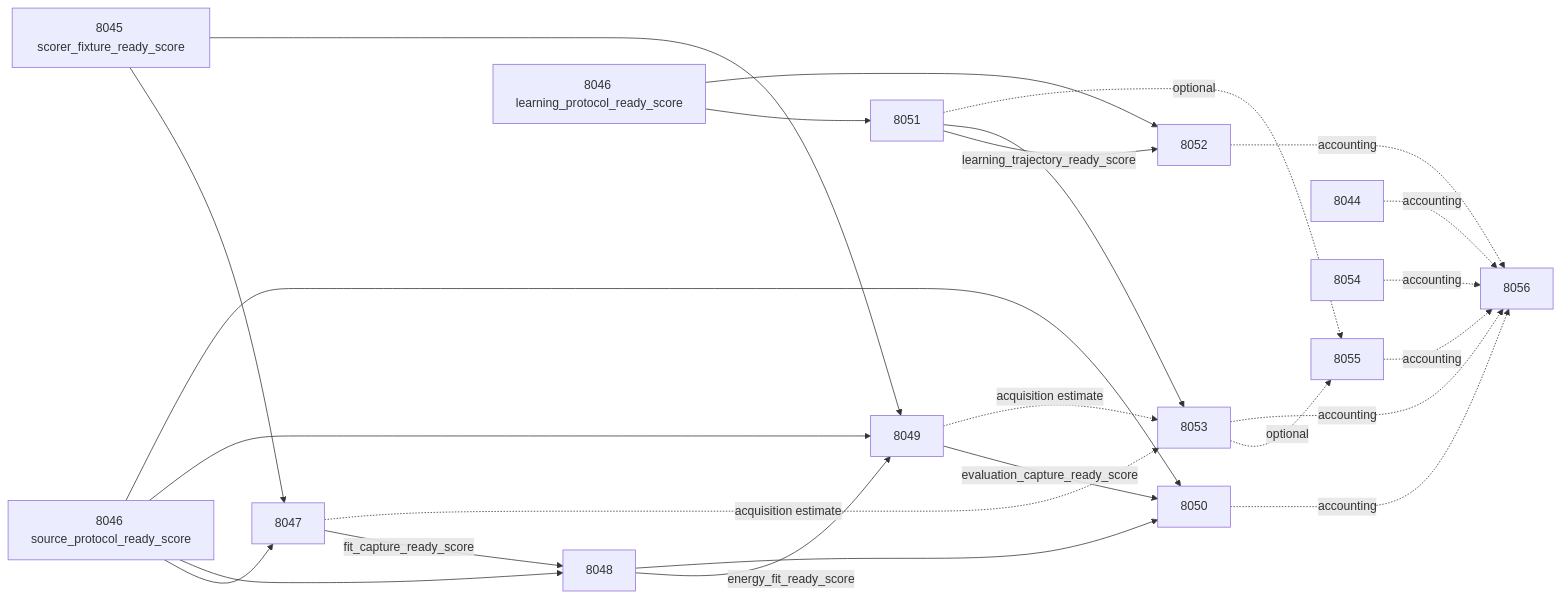
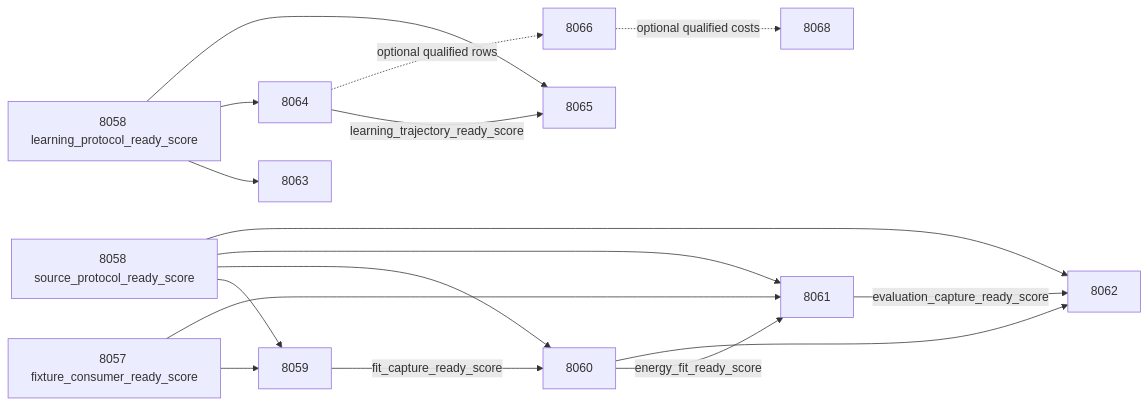
The second of 2 diagrams in openspec/change-proposals/research-roadmap-vNEXT.md (Carnot-EBM/carnot-ebm), drawn with Mermaid before and after one commit. The commit also changed other lines of this file and 16 other files, not shown here.

````diff
--- a/openspec/change-proposals/research-roadmap-vNEXT.md
+++ b/openspec/change-proposals/research-roadmap-vNEXT.md
@@ -274,27 +292,19 @@
 ```mermaid
 flowchart LR
-  W[8045 scorer_fixture_ready_score] --> C[8047]
-  P[8046 source_protocol_ready_score] --> C
-  C -->|fit_capture_ready_score| E[8048]
+  F[8057 fixture_consumer_ready_score] --> Q[8059]
+  P[8058 source_protocol_ready_score] --> Q
+  Q -->|fit_capture_ready_score| E[8060]
   P --> E
-  E -->|energy_fit_ready_score| V[8049]
-  W --> V
+  E -->|energy_fit_ready_score| V[8061]
+  F --> V
   P --> V
-  V -->|evaluation_capture_ready_score| D[8050]
-  E --> D
-  P --> D
-  L[8046 learning_protocol_ready_score] --> U[8051]
-  U -->|learning_trajectory_ready_score| A[8052]
-  L --> A
-  U --> N[8053]
-  U -. optional .-> B[8055]
-  N -. optional .-> B
-  C -. acquisition estimate .-> N
-  V -. acquisition estimate .-> N
-  K[8044] -. accounting .-> Z[8056]
-  D -. accounting .-> Z
-  A -. accounting .-> Z
-  N -. accounting .-> Z
-  S[8054] -. accounting .-> Z
-  B -. accounting .-> Z
+  V -->|evaluation_capture_ready_score| A[8062]
+  E --> A
+  P --> A
+  L[8058 learning_protocol_ready_score] --> D[8063]
+  L --> U[8064]
+  U -->|learning_trajectory_ready_score| R[8065]
+  L --> R
+  U -. optional qualified rows .-> C[8066]
+  C -. optional qualified costs .-> B[8068]
 ```
````
